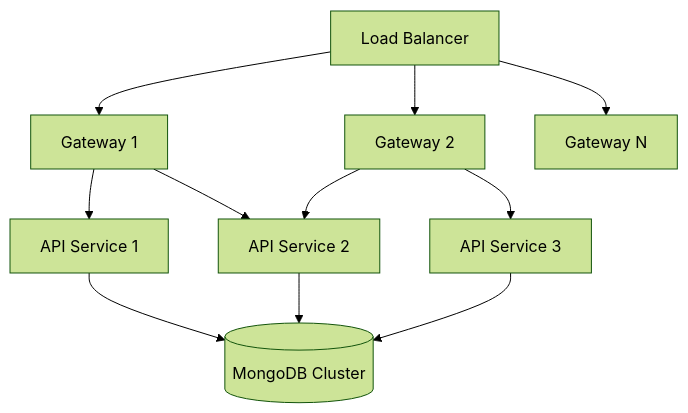
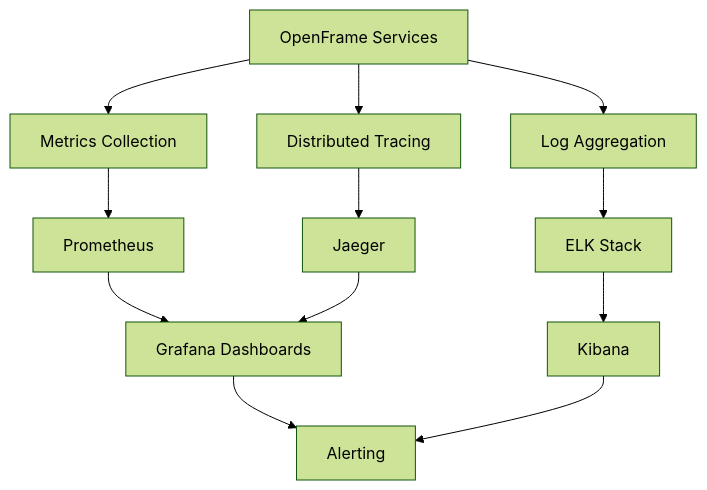
Before and after one commit to Praesto-Pro/openframe-oss-tenant: diagram 11 of 11 in docs/development/architecture/README.md, drawn with Mermaid (forest theme). The commit also changed other lines of this file and 214 other files, not shown here.

````diff
--- a/docs/development/architecture/README.md
+++ b/docs/development/architecture/README.md
@@ -416,15 +492,17 @@
 ```mermaid
-flowchart TB
-    LB[Load Balancer] --> GW1[Gateway 1]
-    LB --> GW2[Gateway 2]
-    LB --> GWn[Gateway N]
+graph TD
+    Services[OpenFrame Services] --> Metrics[Metrics Collection]
+    Services --> Logs[Log Aggregation]  
+    Services --> Traces[Distributed Tracing]
     
-    GW1 --> API1[API Service 1]
-    GW1 --> API2[API Service 2]
-    GW2 --> API2
-    GW2 --> API3[API Service 3]
+    Metrics --> Prometheus[Prometheus]
+    Logs --> ELK[ELK Stack]
+    Traces --> Jaeger[Jaeger]
     
-    API1 --> DB[(MongoDB Cluster)]
-    API2 --> DB
-    API3 --> DB
+    Prometheus --> Grafana[Grafana Dashboards]
+    ELK --> Kibana[Kibana]
+    Jaeger --> Grafana
+    
+    Grafana --> Alerts[Alerting]
+    Kibana --> Alerts
 ```
````
